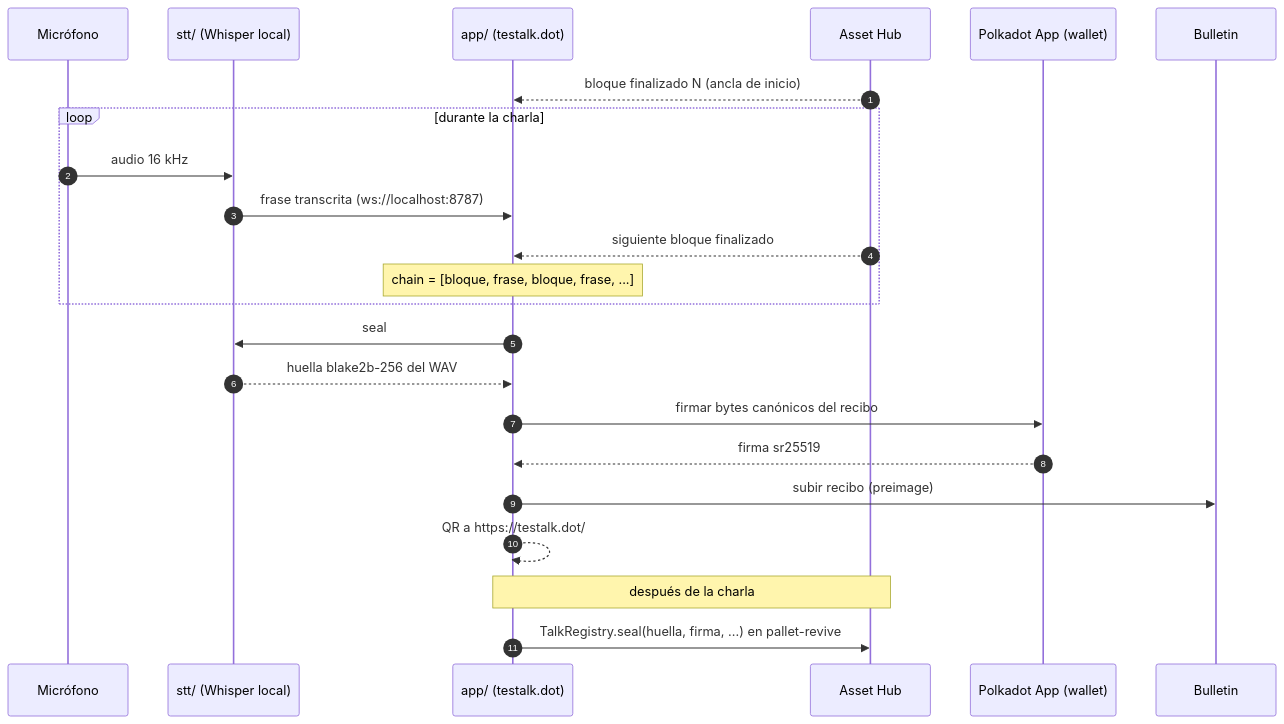
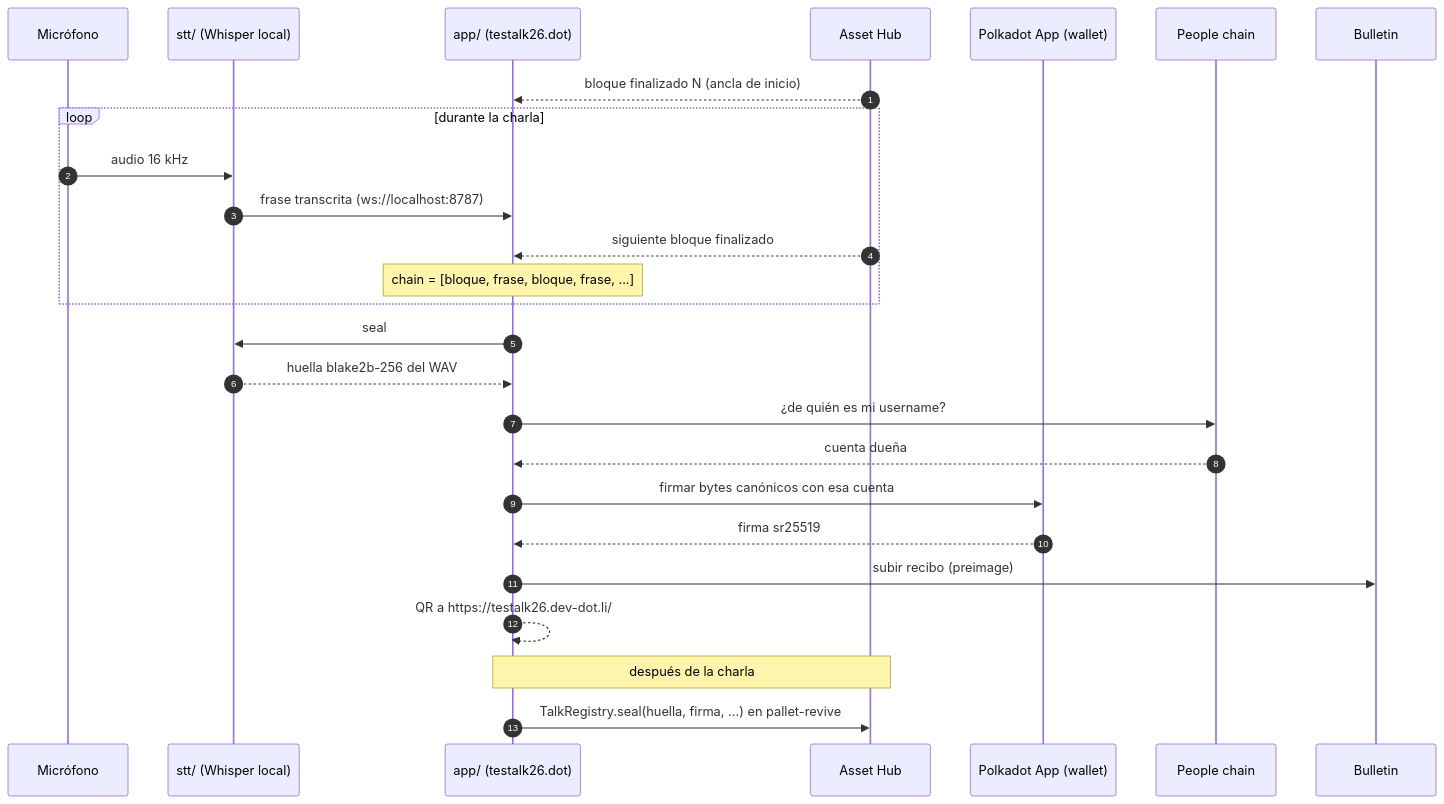
The diagram in README.md (w3nerick/testalk), drawn with Mermaid before and after one commit. The commit also changed other lines of this file and 22 other files, not shown here.

````diff
--- a/README.md
+++ b/README.md
@@ -67,26 +67,29 @@
 ```mermaid
 sequenceDiagram
     autonumber
     participant M as Micrófono
     participant S as stt/ (Whisper local)
-    participant A as app/ (testalk.dot)
+    participant A as app/ (testalk26.dot)
     participant H as Asset Hub
     participant W as Polkadot App (wallet)
+    participant P as People chain
     participant B as Bulletin
 
     H-->>A: bloque finalizado N (ancla de inicio)
     loop durante la charla
         M->>S: audio 16 kHz
         S->>A: frase transcrita (ws://localhost:8787)
         H-->>A: siguiente bloque finalizado
         Note over A: chain = [bloque, frase, bloque, frase, ...]
     end
     A->>S: seal
     S-->>A: huella blake2b-256 del WAV
-    A->>W: firmar bytes canónicos del recibo
+    A->>P: ¿de quién es mi username?
+    P-->>A: cuenta dueña
+    A->>W: firmar bytes canónicos con esa cuenta
     W-->>A: firma sr25519
     A->>B: subir recibo (preimage)
-    A-->>A: QR a https://testalk.dot/#/<CID>
+    A-->>A: QR a https://testalk26.dev-dot.li/#/<CID>
     Note over A,H: después de la charla
     A->>H: TalkRegistry.seal(huella, firma, ...) en pallet-revive
 ```
````
